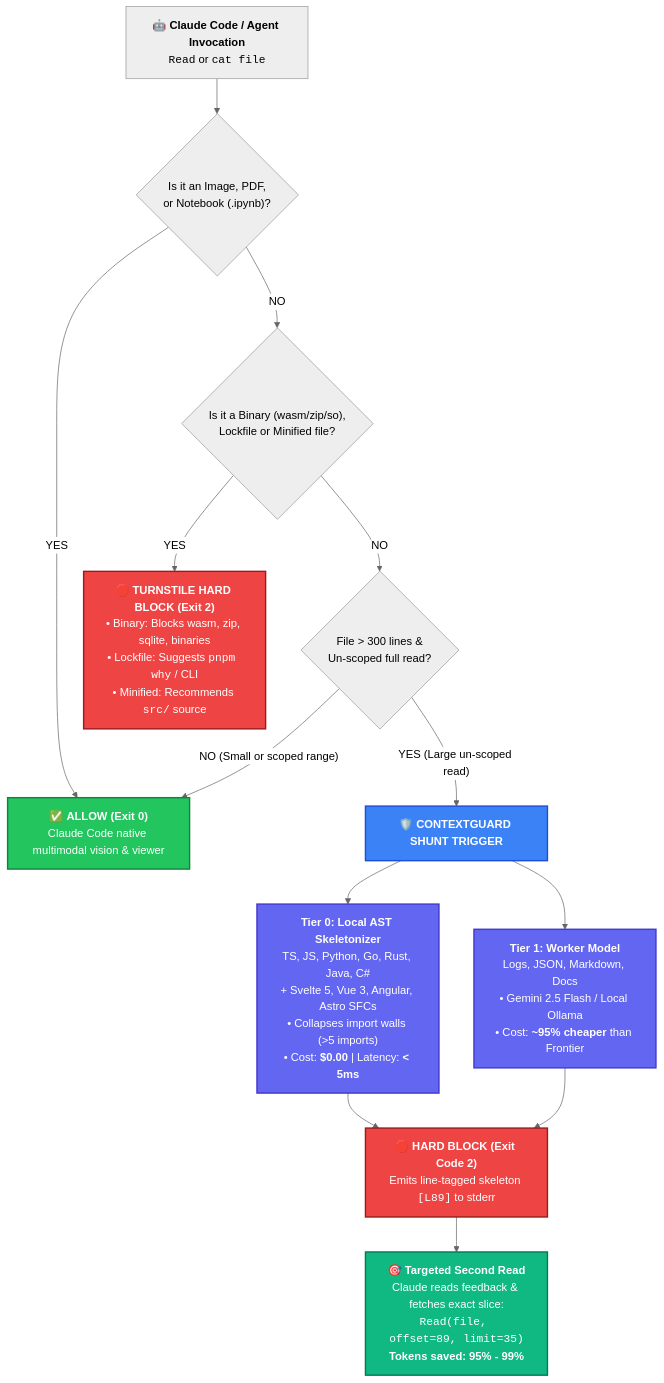
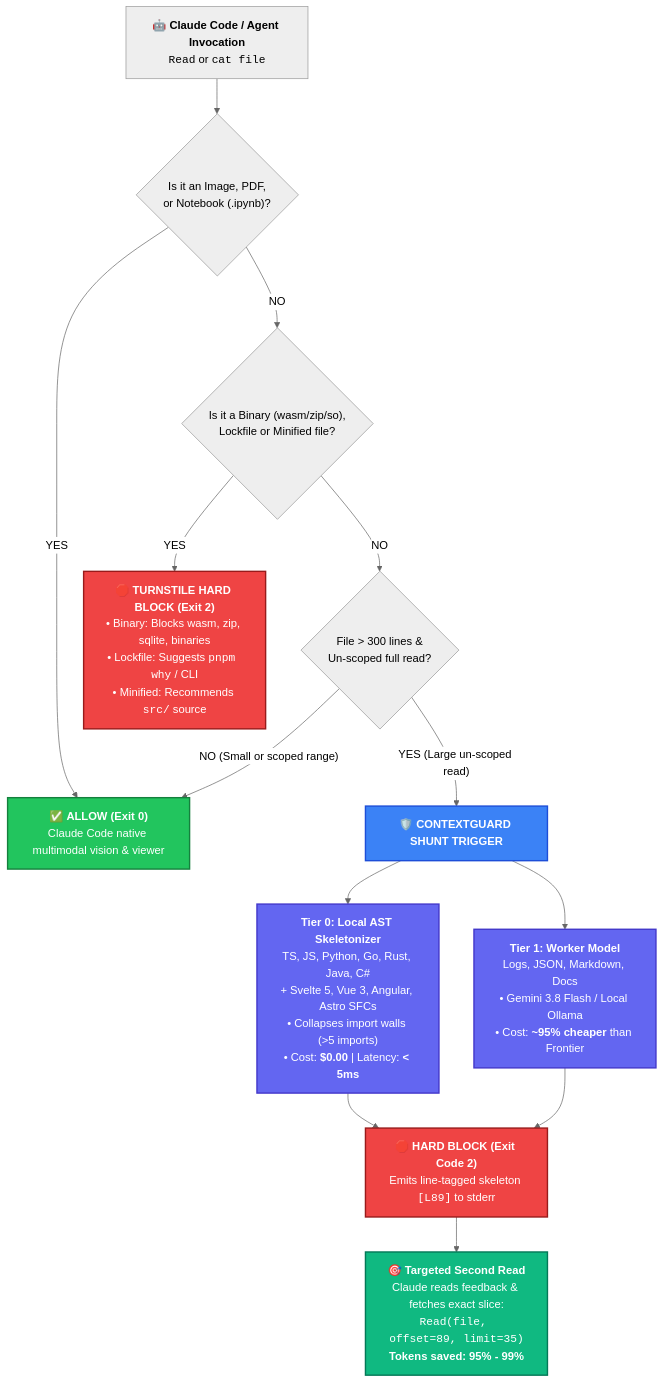
The diagram in README.md (KevinBermudezC/context-guard), drawn with Mermaid (neutral theme) before and after one commit. The commit also changed other lines of this file and 5 other files, not shown here.

````diff
--- a/README.md
+++ b/README.md
@@ -36,36 +36,36 @@
 ```mermaid
 flowchart TD
     A["🤖 <b>Claude Code / Agent Invocation</b><br><code>Read</code> or <code>cat file</code>"] --> B{"Is it an Image, PDF,<br>or Notebook (.ipynb)?"}
     
     B -- "YES" --> E["✅ <b>ALLOW (Exit 0)</b><br>Claude Code native multimodal vision & viewer"]
     
     B -- "NO" --> C{"Is it a Binary (wasm/zip/so),<br>Lockfile or Minified file?"}
     
     C -- "YES" --> D["🛑 <b>TURNSTILE HARD BLOCK (Exit 2)</b><br>• Binary: Blocks wasm, zip, sqlite, binaries<br>• Lockfile: Suggests <code>pnpm why</code> / CLI<br>• Minified: Recommends <code>src/</code> source"]
     
     C -- "NO" --> F{"File &gt; 300 lines &<br>Un-scoped full read?"}
     
     F -- "NO (Small or scoped range)" --> E
     
     F -- "YES (Large un-scoped read)" --> G["🛡️ <b>CONTEXTGUARD SHUNT TRIGGER</b>"]
     
     G --> H["<b>Tier 0: Local AST Skeletonizer</b><br>TS, JS, Python, Go, Rust, Java, C#<br>+ Svelte 5, Vue 3, Angular, Astro SFCs<br>• Collapses import walls (&gt;5 imports)<br>• Cost: <b>$0.00</b> | Latency: <b>&lt; 5ms</b>"]
-    G --> I["<b>Tier 1: Worker Model</b><br>Logs, JSON, Markdown, Docs<br>• Gemini 2.5 Flash / Local Ollama<br>• Cost: <b>~95% cheaper</b> than Frontier"]
+    G --> I["<b>Tier 1: Worker Model</b><br>Logs, JSON, Markdown, Docs<br>• Gemini 3.8 Flash / Local Ollama<br>• Cost: <b>~95% cheaper</b> than Frontier"]
     
     H --> J["🛑 <b>HARD BLOCK (Exit Code 2)</b><br>Emits line-tagged skeleton <code>[L89]</code> to stderr"]
     I --> J
     
     J --> K["🎯 <b>Targeted Second Read</b><br>Claude reads feedback & fetches exact slice:<br><code>Read(file, offset=89, limit=35)</code><br><b>Tokens saved: 95% - 99%</b>"]
 
     classDef block fill:#ef4444,stroke:#991b1b,stroke-width:2px,color:#fff;
     classDef allow fill:#22c55e,stroke:#15803d,stroke-width:2px,color:#fff;
     classDef trigger fill:#3b82f6,stroke:#1d4ed8,stroke-width:2px,color:#fff;
     classDef tier fill:#6366f1,stroke:#4338ca,stroke-width:2px,color:#fff;
     classDef action fill:#10b981,stroke:#047857,stroke-width:2px,color:#fff;
 
     class D,J block;
     class E allow;
     class G trigger;
     class H,I tier;
     class K action;
 ```
````
